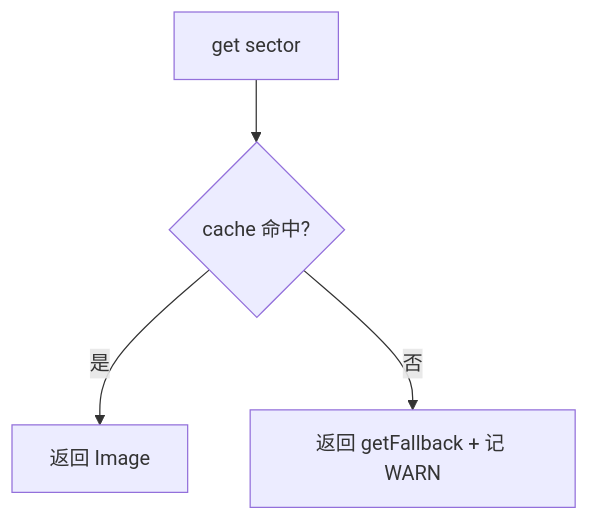
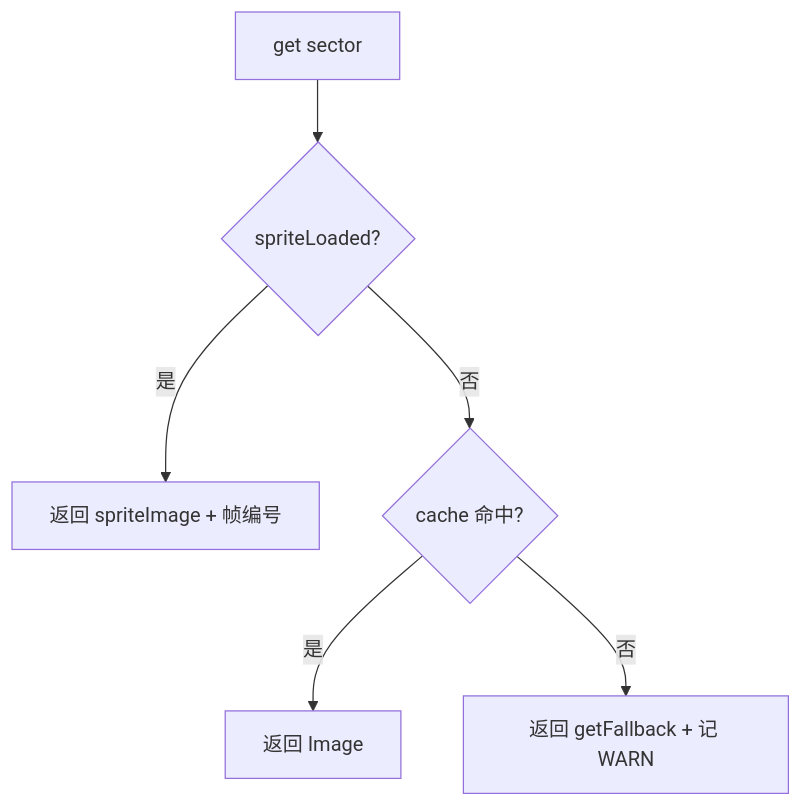
One commit to sher2018/cat_eyeing_mouse changed diagram 16 of 59 in doc/2.detailed_design_specification.md. Above: the diagram before and after it, drawn with Mermaid. The commit also changed other lines of this file and 25 other files, not shown here.

````diff
--- a/doc/2.detailed_design_specification.md
+++ b/doc/2.detailed_design_specification.md
@@ -528,6 +558,8 @@
 ```mermaid
 flowchart TD
-    I[get sector] --> J{cache 命中?}
-    J -- 是 --> K[返回 Image]
-    J -- 否 --> L[返回 getFallback + 记 WARN]
+    J[get sector] --> K{spriteLoaded?}
+    K -- 是 --> L[返回 spriteImage + 帧编号]
+    K -- 否 --> M{cache 命中?}
+    M -- 是 --> N[返回 Image]
+    M -- 否 --> O[返回 getFallback + 记 WARN]
 ```
````
